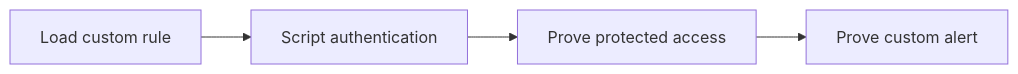
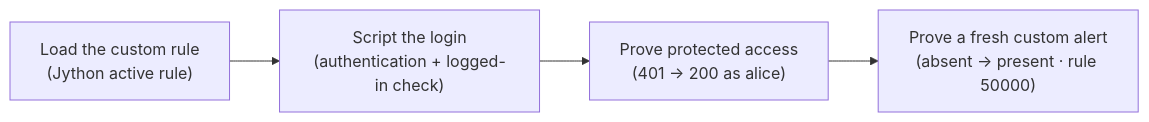
One commit to rupeshtiwari/pluralsight-script-development-with-zap changed the diagram in demos/module1-demos/m1-demo3-python-scanning-authentication/README.md. Above: the diagram before and after it, drawn with Mermaid. The commit also changed other lines of this file and 5 other files, not shown here.

````diff
--- a/demos/module1-demos/m1-demo3-python-scanning-authentication/README.md
+++ b/demos/module1-demos/m1-demo3-python-scanning-authentication/README.md
@@ -39,10 +39,8 @@
 ```mermaid
 flowchart LR
-  S1["Load custom rule"]
-  S2["Script authentication"]
-  S3["Prove protected access"]
-  S4["Prove custom alert"]
-  S1 --> S2
-  S2 --> S3
-  S3 --> S4
+  S1["Load the custom rule<br/>(Jython active rule)"]
+  S2["Script the login<br/>(authentication + logged-in check)"]
+  S3["Prove protected access<br/>(401 → 200 as alice)"]
+  S4["Prove a fresh custom alert<br/>(absent → present · rule 50000)"]
+  S1 --> S2 --> S3 --> S4
 ```
````
